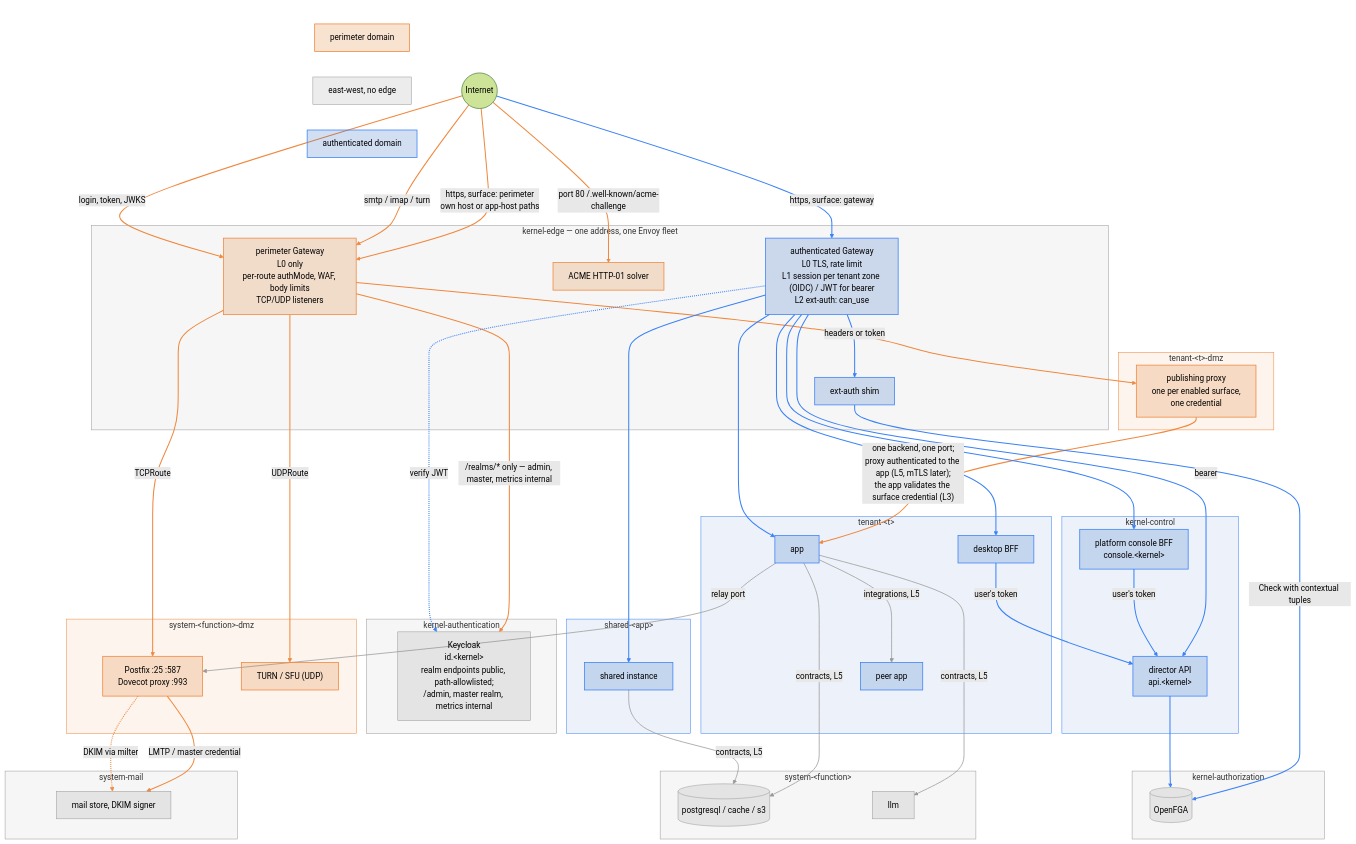
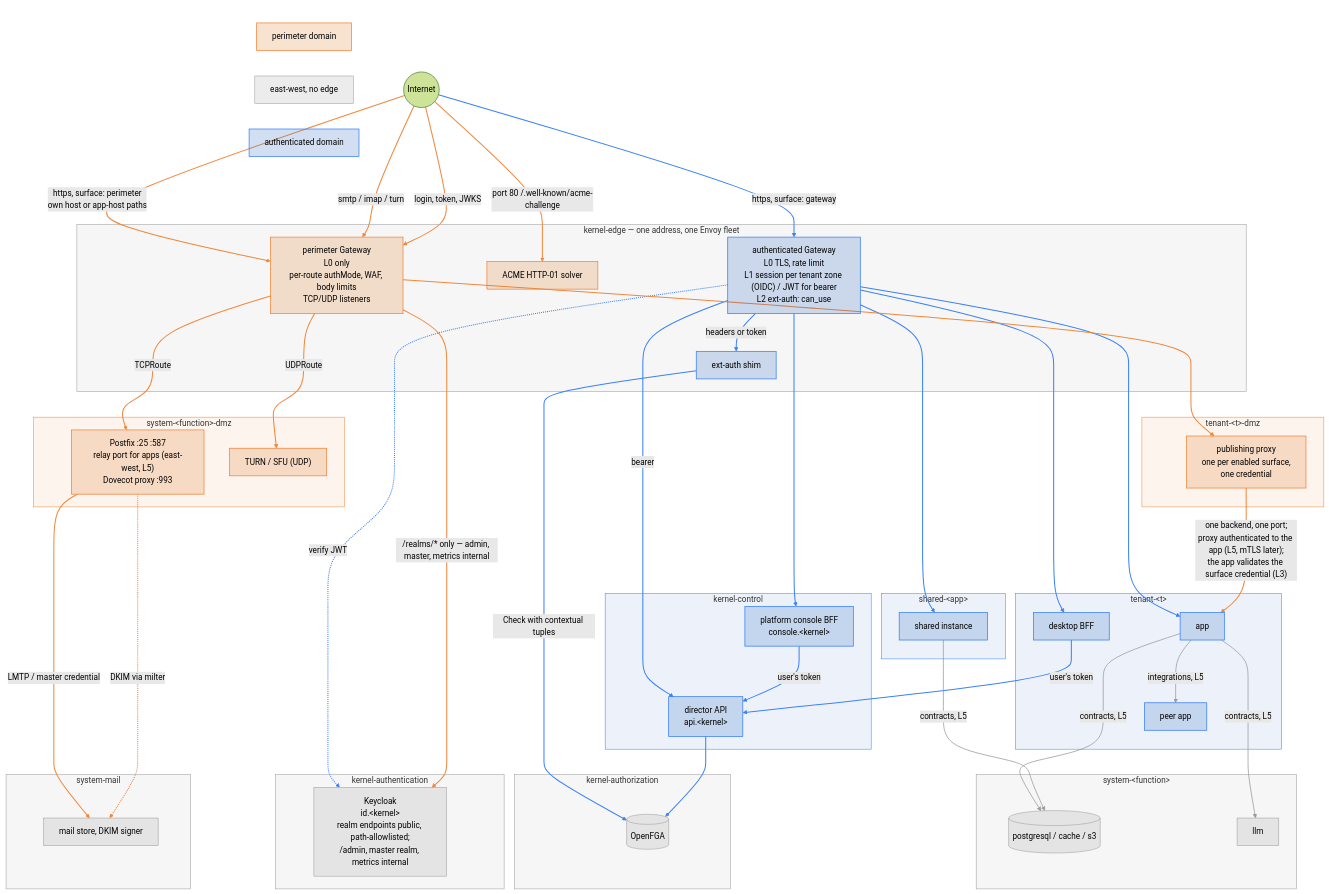
Before and after one commit to gentian-org/gentian-os: the diagram in docs/plans/networking.md, drawn with Mermaid (forest theme).

Commit message:
docs(networking): diagram rows fixed — edge, DMZs, workloads, kernel/system stores; perimeter left, authenticated right

````diff
--- a/docs/plans/networking.md
+++ b/docs/plans/networking.md
@@ -57,29 +57,38 @@
     NET(("Internet"))
     S2[" "]
     S3[" "]
+    S4[" "]
+    S5[" "]
 
     subgraph EDGE["kernel-edge — one address, one Envoy fleet"]
-        PG["perimeter Gateway<br/>L0 only<br/>per-route authMode, WAF, body limits<br/>TCP/UDP listeners"]
-        ACME["ACME HTTP-01 solver"]
         AG["authenticated Gateway<br/>L0 TLS, rate limit<br/>L1 session per tenant zone (OIDC) / JWT for bearer<br/>L2 ext-auth: can_use"]
         SHIM["ext-auth shim"]
+        ACME["ACME HTTP-01 solver"]
+        PG["perimeter Gateway<br/>L0 only<br/>per-route authMode, WAF, body limits<br/>TCP/UDP listeners"]
     end
 
-    subgraph SDMZ["system-&lt;function&gt;-dmz"]
-        MTA["Postfix :25 :587<br/>Dovecot proxy :993"]
-        TURN["TURN / SFU (UDP)"]
+    subgraph KCTL["kernel-control"]
+        CON["platform console BFF<br/>console.&lt;kernel&gt;"]
+        DIR["director API<br/>api.&lt;kernel&gt;"]
+    end
+
+    subgraph SHR["shared-&lt;app&gt;"]
+        SAPP["shared instance"]
+    end
+
+    subgraph TEN["tenant-&lt;t&gt;"]
+        APP["app"]
+        PEER["peer app"]
+        DESK["desktop BFF"]
     end
 
     subgraph TDMZ["tenant-&lt;t&gt;-dmz"]
         PX["publishing proxy<br/>one per enabled surface,<br/>one credential"]
     end
 
-    subgraph SMAIL["system-mail"]
-        STORE["mail store, DKIM signer"]
-    end
-
-    subgraph KAUTHN["kernel-authentication"]
-        KC["Keycloak<br/>id.&lt;kernel&gt;<br/>realm endpoints public, path-allowlisted;<br/>/admin, master realm, metrics internal"]
+    subgraph SDMZ["system-&lt;function&gt;-dmz"]
+        MTA["Postfix :25 :587<br/>relay port for apps (east-west, L5)<br/>Dovecot proxy :993"]
+        TURN["TURN / SFU (UDP)"]
     end
 
     subgraph KAUTHZ["kernel-authorization"]
@@ -91,32 +100,23 @@
         LLM["llm"]
     end
 
-    subgraph TEN["tenant-&lt;t&gt;"]
-        APP["app"]
-        PEER["peer app"]
-        DESK["desktop BFF"]
+    subgraph KAUTHN["kernel-authentication"]
+        KC["Keycloak<br/>id.&lt;kernel&gt;<br/>realm endpoints public, path-allowlisted;<br/>/admin, master realm, metrics internal"]
     end
 
-    subgraph SHR["shared-&lt;app&gt;"]
-        SAPP["shared instance"]
+    subgraph SMAIL["system-mail"]
+        STORE["mail store, DKIM signer"]
     end
 
-    subgraph KCTL["kernel-control"]
-        CON["platform console BFF<br/>console.&lt;kernel&gt;"]
-        DIR["director API<br/>api.&lt;kernel&gt;"]
-    end
 
-    NET -->|"https, surface: perimeter<br/>own host or app-host paths"| PG
-    NET -->|"smtp / imap / turn"| PG
-    NET -->|"port 80 /.well-known/acme-challenge"| ACME
-    NET -->|"login, token, JWKS"| PG
-    PG --> PX
-    PG -->|"TCPRoute"| MTA
-    PG -->|"UDPRoute"| TURN
-    PG -->|"/realms/* only — admin, master, metrics internal"| KC
-    MTA -->|"LMTP / master credential"| STORE
-    MTA -. "DKIM via milter" .-> STORE
-    PX -->|"one backend, one port;<br/>proxy authenticated to the app (L5, mTLS later);<br/>the app validates the surface credential (L3)"| APP
+
+
+
+
+
+
+
+
     NET -->|"https, surface: gateway"| AG
     AG -. "verify JWT" .-> KC
     AG -->|"headers or token"| SHIM
@@ -131,15 +131,34 @@
     DIR --> FGA
     APP -->|"contracts, L5"| DB
     APP -->|"contracts, L5"| LLM
-    APP -->|"relay port"| MTA
     APP -->|"integrations, L5"| PEER
     SAPP -->|"contracts, L5"| DB
+    NET -->|"https, surface: perimeter<br/>own host or app-host paths"| PG
+    NET -->|"smtp / imap / turn"| PG
+    NET -->|"port 80 /.well-known/acme-challenge"| ACME
+    NET -->|"login, token, JWKS"| PG
+    PG --> PX
+    PG -->|"TCPRoute"| MTA
+    PG -->|"UDPRoute"| TURN
+    PG -->|"/realms/* only — admin, master, metrics internal"| KC
+    MTA -->|"LMTP / master credential"| STORE
+    MTA -. "DKIM via milter" .-> STORE
+    PX -->|"one backend, one port;<br/>proxy authenticated to the app (L5, mTLS later);<br/>the app validates the surface credential (L3)"| APP
 
-    %% invisible spacers: put every grey box on the same row (rank 4)
+    %% invisible edges fix the rows: 3 = both DMZs, 4 = tenant / shared / kernel-control, 5 = the grey boxes.
+    %% Declaration order (authenticated first) is what keeps the perimeter on the left after dagre's reordering.
     PG ~~~ S2
-    S2 ~~~ S3
-    S3 ~~~ STORE
-    S3 ~~~ KC
+    S2 ~~~ MTA
+    S2 ~~~ TURN
+    S2 ~~~ PX
+    SHIM ~~~ S3
+    S3 ~~~ DESK
+    S3 ~~~ SAPP
+    S3 ~~~ CON
+    MTA ~~~ S4
+    S4 ~~~ S5
+    S5 ~~~ STORE
+    S5 ~~~ KC
     PEER ~~~ DB
     PEER ~~~ LLM
 
@@ -147,10 +166,10 @@
     classDef perim fill:#d9731a33,stroke:#f0883e,stroke-width:1.5px
     classDef ew fill:#80808026,stroke:#9a9a9a
     classDef spacer fill:none,stroke:none
-    class S2,S3 spacer
     class AG,SHIM,DESK,APP,PEER,SAPP,CON,DIR,LA auth
     class PG,PX,MTA,TURN,ACME,LP perim
     class KC,FGA,DB,LLM,STORE,LE ew
+    class S2,S3,S4,S5 spacer
     style TEN fill:#1f5fbf14,stroke:#3b82f6
     style SHR fill:#1f5fbf14,stroke:#3b82f6
     style KCTL fill:#1f5fbf14,stroke:#3b82f6
@@ -162,7 +181,7 @@
     style SYS fill:#80808012,stroke:#9a9a9a
     style SMAIL fill:#80808012,stroke:#9a9a9a
     style LEGEND fill:none,stroke:none
-    linkStyle 0,1,2,3,4,5,6,7,8,9,10 stroke:#f0883e,stroke-width:2px
-    linkStyle 11,12,13,14,15,16,17,18,19,20,21,22 stroke:#3b82f6,stroke-width:2px
-    linkStyle 23,24,25,26,27 stroke:#9a9a9a,stroke-width:1.5px
+    linkStyle 16,17,18,19,20,21,22,23,24,25,26 stroke:#f0883e,stroke-width:2px
+    linkStyle 0,1,2,3,4,5,6,7,8,9,10,11 stroke:#3b82f6,stroke-width:2px
+    linkStyle 12,13,14,15 stroke:#9a9a9a,stroke-width:1.5px
 ```
````
